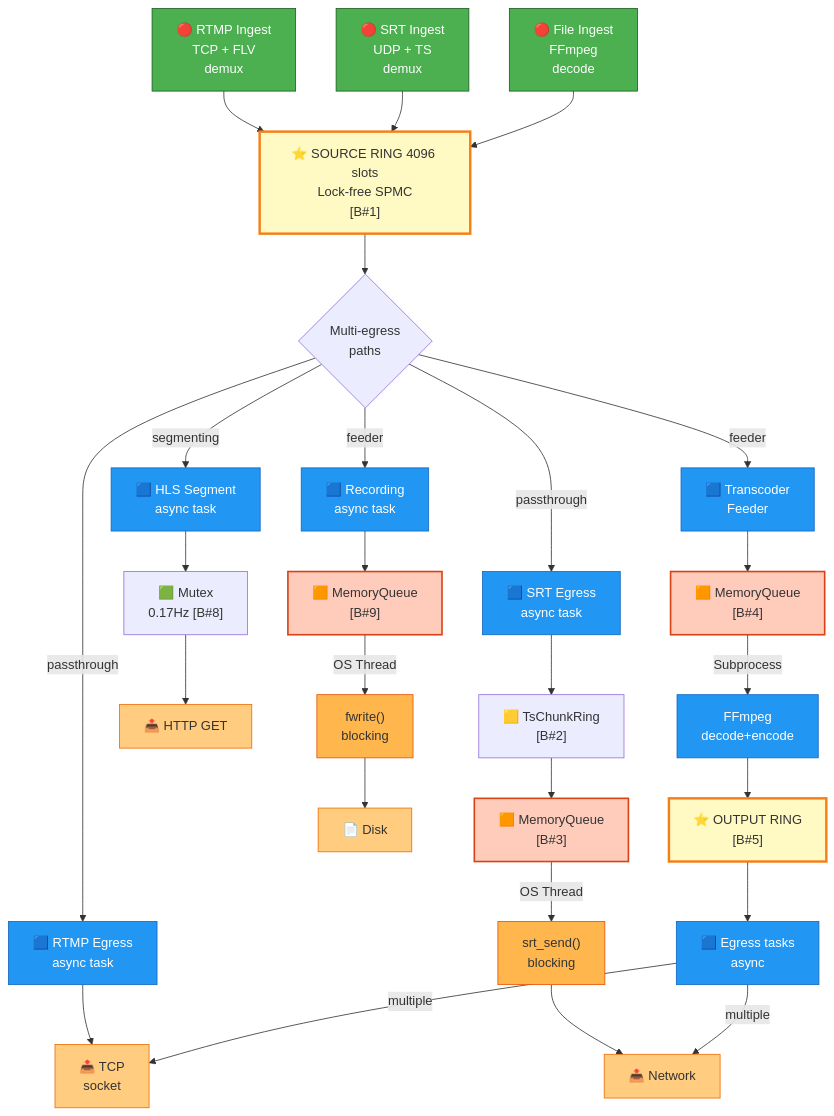
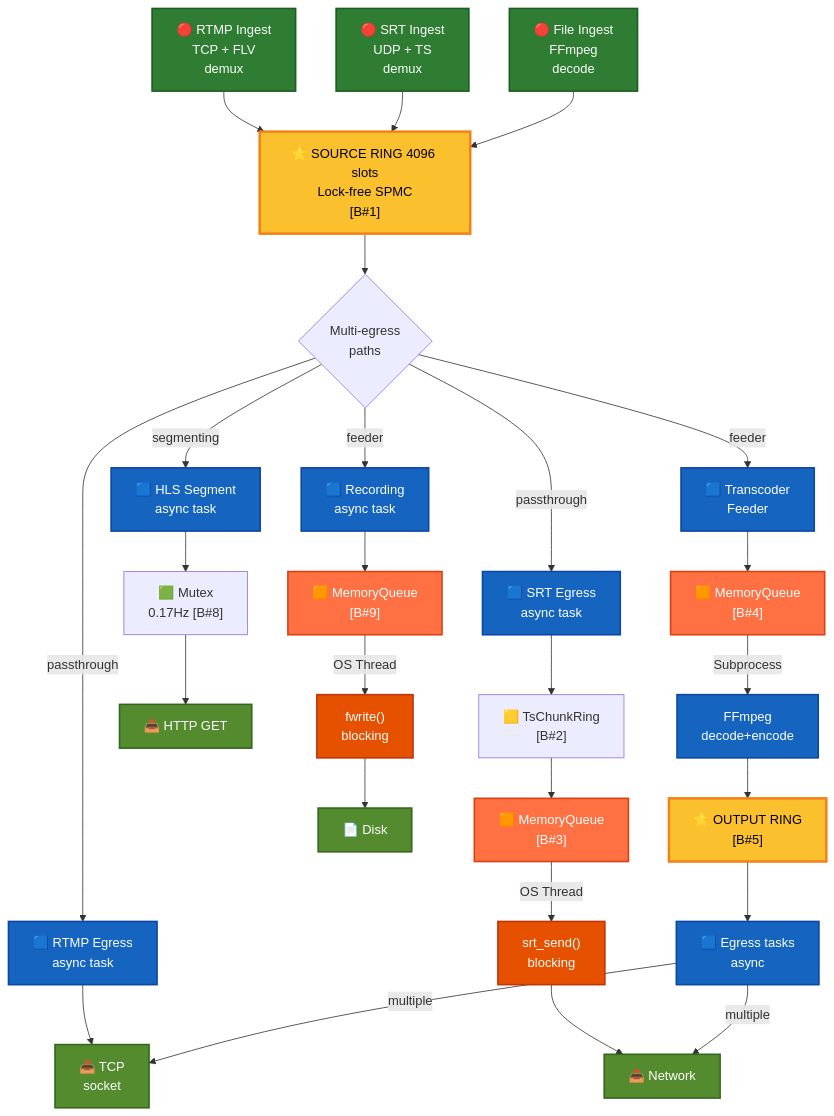
One commit to live-miracles/restream changed the first of 3 diagrams in docs/run-to-completion-analysis.md. Above: the diagram before and after it, drawn with Mermaid. The commit also changed other lines of this file, not shown here.

First line of the commit message:
Improve Mermaid diagram colors for better contrast and readability

````diff
--- a/docs/run-to-completion-analysis.md
+++ b/docs/run-to-completion-analysis.md
@@ -9,55 +9,55 @@
 ```mermaid
 graph TD
     RTMP["🔴 RTMP Ingest<br/>TCP + FLV<br/>demux"] 
     SRT["🔴 SRT Ingest<br/>UDP + TS<br/>demux"]
     File["🔴 File Ingest<br/>FFmpeg<br/>decode"]
     
     RTMP --> SourceRing
     SRT --> SourceRing
     File --> SourceRing
     
     SourceRing["⭐ SOURCE RING 4096 slots<br/>Lock-free SPMC<br/>[B#1]"]
     
     SourceRing --> Branch{Multi-egress<br/>paths}
     
     Branch -->|passthrough| RTMP_EGR["🟦 RTMP Egress<br/>async task"]
     Branch -->|passthrough| SRT_EGR["🟦 SRT Egress<br/>async task"]
     Branch -->|segmenting| HLS_EGR["🟦 HLS Segment<br/>async task"]
     Branch -->|feeder| RECORD["🟦 Recording<br/>async task"]
     Branch -->|feeder| XCODE_F["🟦 Transcoder<br/>Feeder"]
     
     RTMP_EGR --> RTMP_TCP["📤 TCP<br/>socket"]
     
     SRT_EGR --> SRT_MUX["🟨 TsChunkRing<br/>[B#2]"]
     SRT_MUX --> SRT_QUEUE["🟧 MemoryQueue<br/>[B#3]"]
     SRT_QUEUE --> |OS Thread| SRT_SEND["srt_send()<br/>blocking"]
     SRT_SEND --> SRT_NET["📤 Network"]
     
     HLS_EGR --> HLS_MUTEX["🟩 Mutex<br/>0.17Hz [B#8]"]
     HLS_MUTEX --> HTTP["📤 HTTP GET"]
     
     RECORD --> REC_QUEUE["🟧 MemoryQueue<br/>[B#9]"]
     REC_QUEUE --> |OS Thread| FWRITE["fwrite()<br/>blocking"]
     FWRITE --> DISK["📄 Disk"]
     
     XCODE_F --> XCODE_QUEUE["🟧 MemoryQueue<br/>[B#4]"]
     XCODE_QUEUE --> |Subprocess| FFMPEG["FFmpeg<br/>decode+encode"]
     FFMPEG --> OUTPUT["⭐ OUTPUT RING<br/>[B#5]"]
     OUTPUT --> XCODE_OUT["🟦 Egress tasks<br/>async"]
     XCODE_OUT --> |multiple| RTMP_TCP
     XCODE_OUT --> |multiple| SRT_NET
     
-    classDef ingest fill:#4caf50,stroke:#1b5e20,color:#fff
-    classDef ring fill:#fff9c4,stroke:#f57f17,stroke-width:3px,color:#333
-    classDef task fill:#2196f3,stroke:#1565c0,color:#fff
-    classDef thread fill:#ffb74d,stroke:#e65100,color:#333
-    classDef queue fill:#ffccbc,stroke:#d84315,stroke-width:2px,color:#333
-    classDef output fill:#ffcc80,stroke:#ef6c00,color:#333
+    classDef ingest fill:#2e7d32,stroke:#1b5e20,stroke-width:2px,color:#fff
+    classDef ring fill:#fbc02d,stroke:#f57f17,stroke-width:3px,color:#000
+    classDef task fill:#1565c0,stroke:#0d47a1,stroke-width:2px,color:#fff
+    classDef thread fill:#e65100,stroke:#bf360c,stroke-width:2px,color:#fff
+    classDef queue fill:#ff7043,stroke:#d84315,stroke-width:2px,color:#fff
+    classDef output fill:#558b2f,stroke:#33691e,stroke-width:2px,color:#fff
     
     class RTMP,SRT,File ingest
     class SourceRing,OUTPUT ring
     class RTMP_EGR,SRT_EGR,HLS_EGR,RECORD,XCODE_F,XCODE_OUT,FFMPEG task
     class SRT_SEND,FWRITE thread
     class SRT_QUEUE,REC_QUEUE,XCODE_QUEUE queue
     class RTMP_TCP,SRT_NET,HTTP,DISK output
 ```
````
